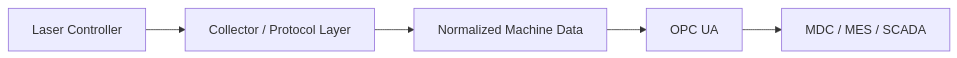
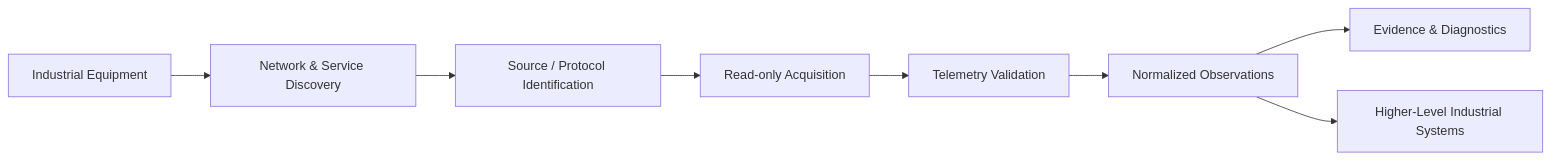
One commit to Viktor-Matskevich/Viktor-Matskevich changed the first of 4 diagrams in SYSTEMS.md. Above: the diagram before and after it, drawn with Mermaid. The commit also changed other lines of this file, not shown here.

Commit message:
Sanitize industrial connectivity system overview

````diff
--- a/SYSTEMS.md
+++ b/SYSTEMS.md
@@ -17,7 +15,10 @@
 ```mermaid
 flowchart LR
-    L[Laser Controller] --> C[Collector / Protocol Layer]
-    C --> N[Normalized Machine Data]
-    N --> O[OPC UA]
-    O --> M[MDC / MES / SCADA]
+    M[Industrial Equipment] --> D[Network & Service Discovery]
+    D --> S[Source / Protocol Identification]
+    S --> A[Read-only Acquisition]
+    A --> V[Telemetry Validation]
+    V --> N[Normalized Observations]
+    N --> E[Evidence & Diagnostics]
+    N --> H[Higher-Level Industrial Systems]
 ```
````
